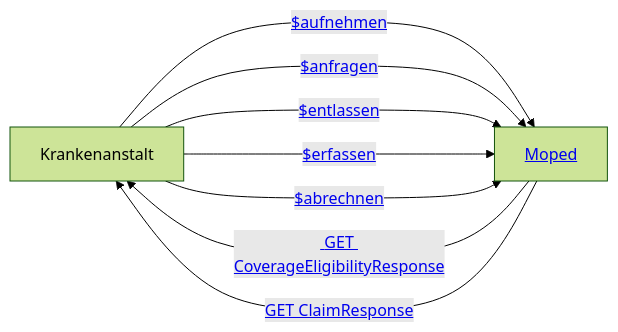
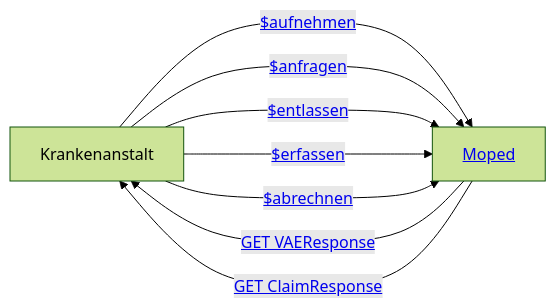
Before and after one commit to HL7Austria/ELGA-MOPED-R5: the second of 5 diagrams in input/pagecontent/actors.md, drawn with Mermaid (forest theme). The commit also changed other lines of this file and 9 other files, not shown here.

```diff
--- a/input/pagecontent/actors.md
+++ b/input/pagecontent/actors.md
@@ -38,12 +38,12 @@
 <pre class="mermaid">
     graph LR
     KH[Krankenanstalt]
     Moped[<a href="#top">Moped</a>] 
     KH --->|<a href="OperationDefinition-MOPED.Patient.Aufnehmen.html"> $aufnehmen</a>| Moped 
-    KH -->|<a href="OperationDefinition-MOPED.CoverageEligibilityRequest.Anfragen.html"> $anfragen</a>| Moped
+    KH -->|<a href="OperationDefinition-MOPED.VAERequest.Anfragen.html"> $anfragen</a>| Moped
     KH -->|<a href="OperationDefinition-MOPED.Patient.Entlassen.html"> $entlassen</a>| Moped 
     KH -->|<a href="OperationDefinition-MOPED.Encounter.erfassen.html">$erfassen</a>| Moped
     KH -->|<a href="OperationDefinition-MOPED.Encounter.Abrechnen.html"> $abrechnen</a>| Moped
-    Moped -->|<a href="StructureDefinition-MopedCoverageEligibilityResponse.html"> GET CoverageEligibilityResponse</a>| KH
+    Moped -->|<a href="StructureDefinition-MopedVAEResponse.html"> GET VAEResponse</a>| KH
     Moped --->|<a href="StructureDefinition-MopedLKFResponse.html"> GET ClaimResponse</a>| KH
 </pre>
```
